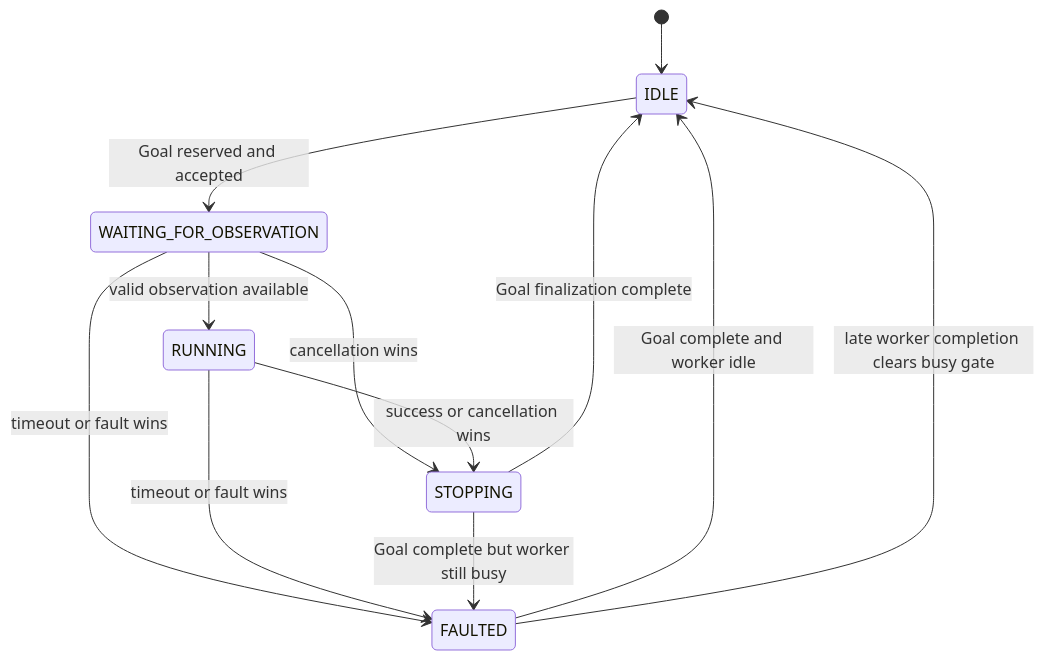
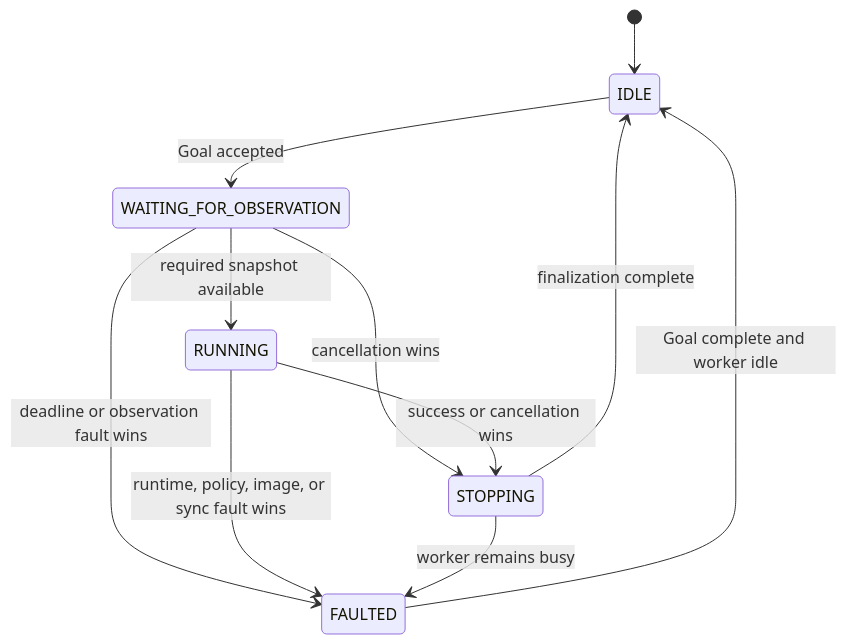
Before and after one commit to Yanagisawa2002/PolicyBridge-ROS2: the second of 3 diagrams in docs/architecture.md, drawn with Mermaid. The commit also changed other lines of this file and 22 other files, not shown here.

````diff
--- a/docs/architecture.md
+++ b/docs/architecture.md
@@ -106,14 +222,13 @@
 ```mermaid
 stateDiagram-v2
     [*] --> IDLE
-    IDLE --> WAITING_FOR_OBSERVATION: Goal reserved and accepted
-    WAITING_FOR_OBSERVATION --> RUNNING: valid observation available
+    IDLE --> WAITING_FOR_OBSERVATION: Goal accepted
+    WAITING_FOR_OBSERVATION --> RUNNING: required snapshot available
     WAITING_FOR_OBSERVATION --> STOPPING: cancellation wins
-    WAITING_FOR_OBSERVATION --> FAULTED: timeout or fault wins
+    WAITING_FOR_OBSERVATION --> FAULTED: deadline or observation fault wins
     RUNNING --> STOPPING: success or cancellation wins
-    RUNNING --> FAULTED: timeout or fault wins
-    STOPPING --> IDLE: Goal finalization complete
-    STOPPING --> FAULTED: Goal complete but worker still busy
+    RUNNING --> FAULTED: runtime, policy, image, or sync fault wins
+    STOPPING --> IDLE: finalization complete
+    STOPPING --> FAULTED: worker remains busy
     FAULTED --> IDLE: Goal complete and worker idle
-    FAULTED --> IDLE: late worker completion clears busy gate
 ```
````
